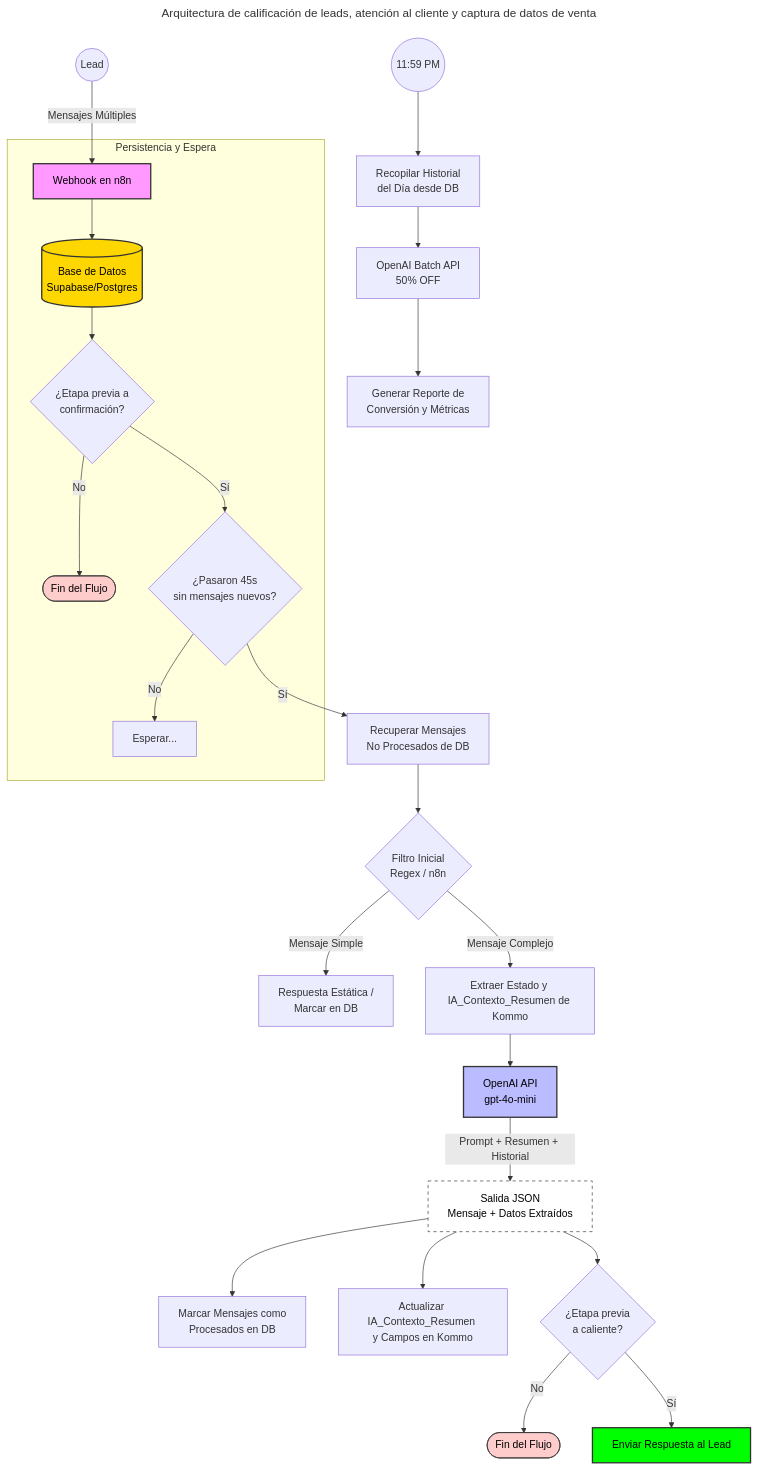
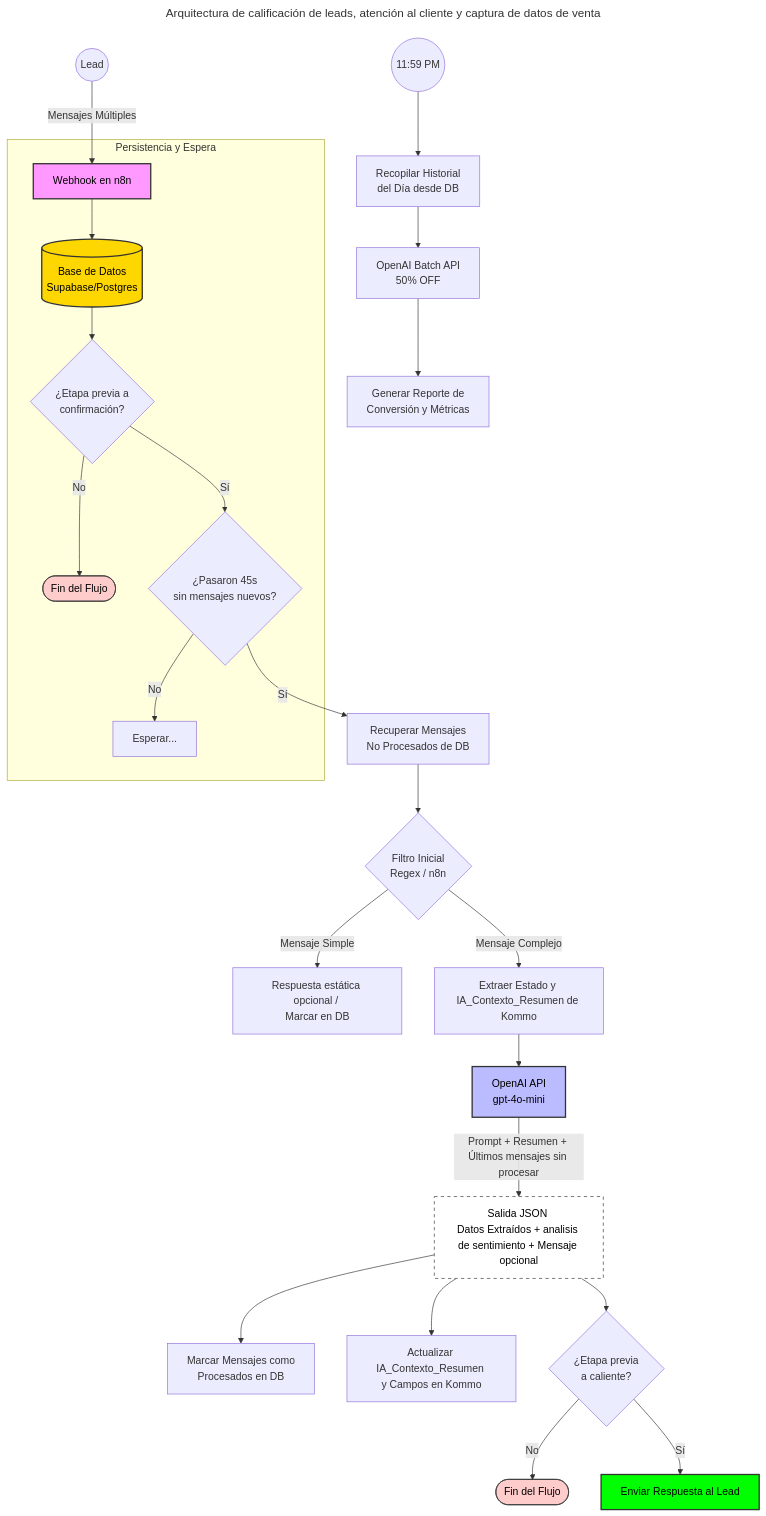
One commit to irvingexe/stuff changed the diagram in update 3.md. Above: the diagram before and after it, drawn with Mermaid.

Commit message:
Update static response description and JSON output

````diff
--- a/update 3.md
+++ b/update 3.md
@@ -1,51 +1,51 @@
 ```mermaid
 ---
 title: Arquitectura de calificación de leads, atención al cliente y captura de datos de venta
 ---
 graph TD
     %% Entradas y Persistencia
     Lead((Lead)) -->|Mensajes Múltiples| Webhook[Webhook en n8n]
     
     subgraph Capa_Persistencia [Persistencia y Espera]
     Webhook --> SaveDB[(Base de Datos <br/>Supabase/Postgres)]
     SaveDB --> PreConfirm{¿Etapa previa a <br/>confirmación?}
     PreConfirm -- "No" --> End1([Fin del Flujo])
     PreConfirm -- "Sí" --> Debounce{¿Pasaron 45s <br/>sin mensajes nuevos?}
     Debounce -- "No" --> Wait[Esperar...]
     end
 
     %% Capa 0: Aduana y Contexto
     Debounce -- "Sí" --> GetHistory[Recuperar Mensajes <br/>No Procesados de DB]
     GetHistory --> Triage{Filtro Inicial <br/>Regex / n8n}
     
-    Triage -- "Mensaje Simple" --> Ignore[Respuesta Estática / <br/>Marcar en DB]
+    Triage -- "Mensaje Simple" --> Ignore[Respuesta estática opcional / <br/>Marcar en DB]
     Triage -- "Mensaje Complejo" --> GetContext[Extraer Estado y <br/>IA_Contexto_Resumen de Kommo]
 
     %% Capa 1: Procesamiento IA Directo
     GetContext --> OpenAICall[OpenAI API <br/>gpt-4o-mini]
     
     %% Capa 2: Salida y Acciones Paralelas
-    OpenAICall --> |Prompt + Resumen + Historial| JSONResponse[Salida JSON <br/>Mensaje + Datos Extraídos]
+    OpenAICall --> |Prompt + Resumen + Últimos mensajes sin procesar| JSONResponse[Salida JSON <br/>Datos Extraídos + analisis de sentimiento + Mensaje opcional]
     
     JSONResponse --> MarkDone[Marcar Mensajes como <br/>Procesados en DB]
     JSONResponse --> UpdateKommo[Actualizar IA_Contexto_Resumen <br/>y Campos en Kommo]
     JSONResponse --> CheckHot{¿Etapa previa <br/>a caliente?}
 
     %% Capa 3: Ramificación Final
     CheckHot -- "No" --> End2([Fin del Flujo])
     CheckHot -- "Sí" --> SendMsg[Enviar Respuesta al Lead]
     
     %% Capa 4: Reporte Nocturno
     Cron((11:59 PM)) --> GatherLogs[Recopilar Historial <br/>del Día desde DB]
     GatherLogs --> BatchAPI[OpenAI Batch API <br/> 50% OFF]
     BatchAPI --> Report[Generar Reporte de <br/>Conversión y Métricas]
 
     %% ESTILOS
     style Webhook fill:#f9f,stroke:#333,stroke-width:2px,color:#000
     style SaveDB fill:#ffd700,stroke:#333,stroke-width:2px,color:#000
     style OpenAICall fill:#bbf,stroke:#333,stroke-width:2px,color:#000
     style JSONResponse fill:#fff,stroke:#333,stroke-dasharray: 5 5,color:#000
     style SendMsg fill:#00ff00,stroke:#333,stroke-width:2px,color:#000
     style End1 fill:#ffcccc,stroke:#333,color:#000
     style End2 fill:#ffcccc,stroke:#333,color:#000
 ```
````
